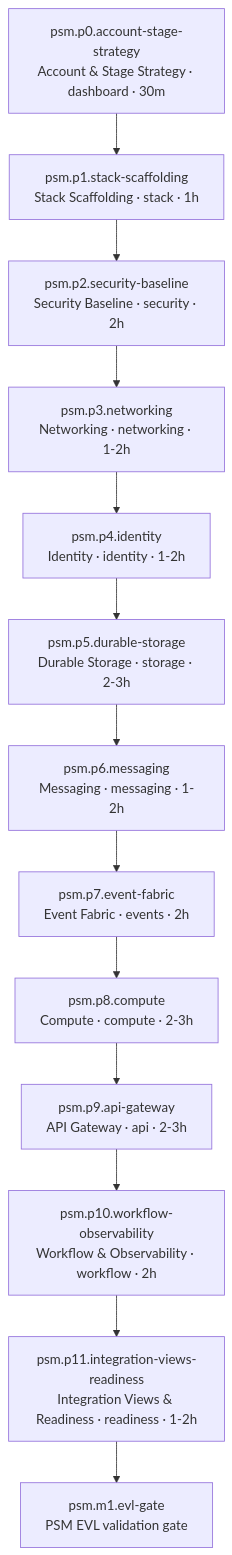
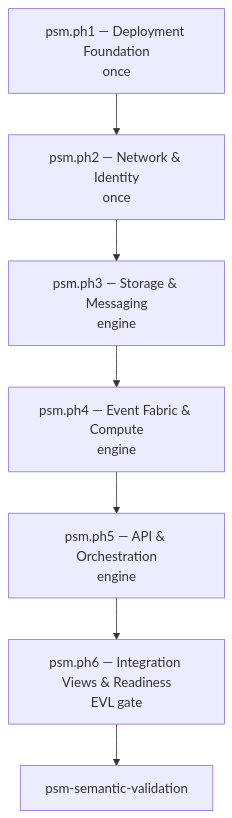
The first of 2 diagrams in docs/diagrams/26-psm-methodology.md (mehdieidi/modriss), drawn with Mermaid before and after one commit. The commit also changed other lines of this file and 65 other files, not shown here.

````diff
--- a/docs/diagrams/26-psm-methodology.md
+++ b/docs/diagrams/26-psm-methodology.md
@@ -9,18 +7,12 @@
 ```mermaid
 flowchart TB
-    p0["psm.p0.account-stage-strategy<br/>Account & Stage Strategy · dashboard · 30m"]
-    p1["psm.p1.stack-scaffolding<br/>Stack Scaffolding · stack · 1h"]
-    p2["psm.p2.security-baseline<br/>Security Baseline · security · 2h"]
-    p3["psm.p3.networking<br/>Networking · networking · 1-2h"]
-    p4["psm.p4.identity<br/>Identity · identity · 1-2h"]
-    p5["psm.p5.durable-storage<br/>Durable Storage · storage · 2-3h"]
-    p6["psm.p6.messaging<br/>Messaging · messaging · 1-2h"]
-    p7["psm.p7.event-fabric<br/>Event Fabric · events · 2h"]
-    p8["psm.p8.compute<br/>Compute · compute · 2-3h"]
-    p9["psm.p9.api-gateway<br/>API Gateway · api · 2-3h"]
-    p10["psm.p10.workflow-observability<br/>Workflow & Observability · workflow · 2h"]
-    p11["psm.p11.integration-views-readiness<br/>Integration Views & Readiness · readiness · 1-2h"]
-    gate["psm.m1.evl-gate<br/>PSM EVL validation gate"]
+    ph1["psm.ph1 — Deployment Foundation<br/>once"]
+    ph2["psm.ph2 — Network & Identity<br/>once"]
+    ph3["psm.ph3 — Storage & Messaging<br/>engine"]
+    ph4["psm.ph4 — Event Fabric & Compute<br/>engine"]
+    ph5["psm.ph5 — API & Orchestration<br/>engine"]
+    ph6["psm.ph6 — Integration Views & Readiness<br/>EVL gate"]
+    gate["psm-semantic-validation"]
 
-    p0 --> p1 --> p2 --> p3 --> p4 --> p5 --> p6 --> p7 --> p8 --> p9 --> p10 --> p11 --> gate
+    ph1 --> ph2 --> ph3 --> ph4 --> ph5 --> ph6 --> gate
 ```
````
